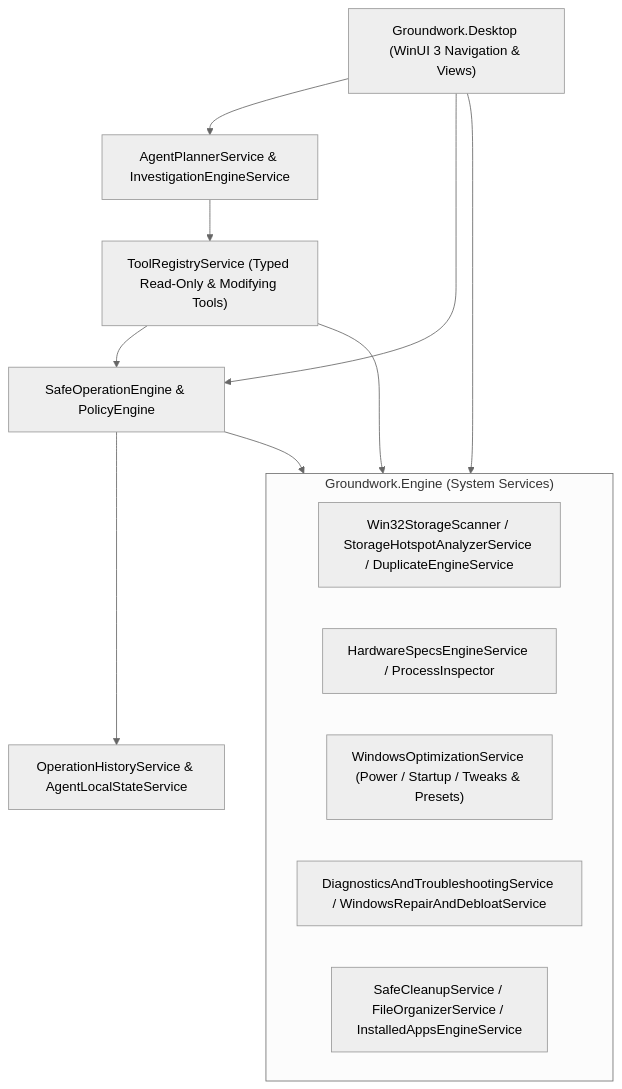
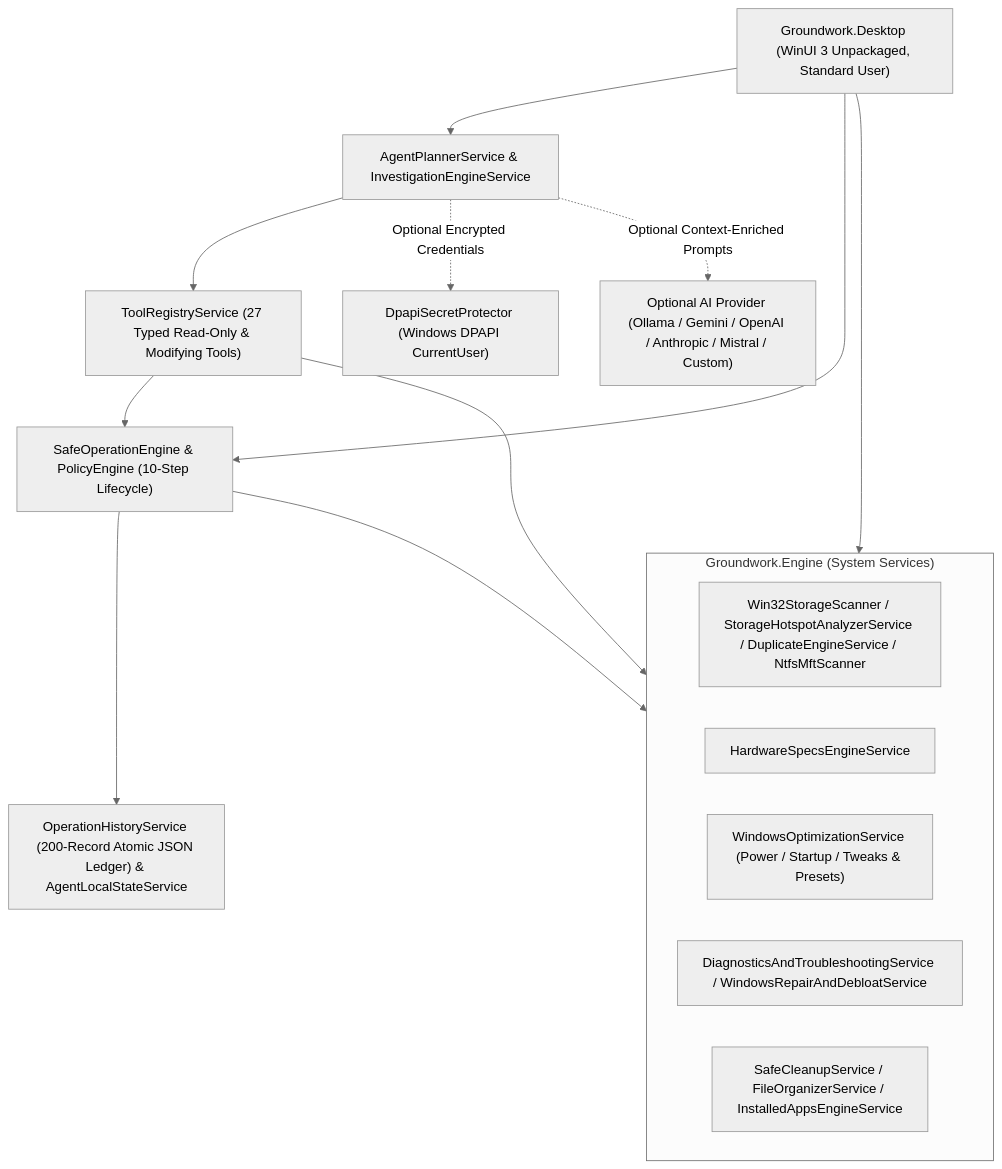
Before and after one commit to ttnhan227/Groundwork: the first of 2 diagrams in docs/ARCHITECTURE.md, drawn with Mermaid (neutral theme). The commit also changed other lines of this file, not shown here.

Commit message:
docs(architecture): enrich system design with ADRs, SafeOperationEngine sequence, and failure recovery matrix

````diff
--- a/docs/ARCHITECTURE.md
+++ b/docs/ARCHITECTURE.md
@@ -7,25 +11,29 @@
 ```mermaid
 flowchart TD
-    UI["Groundwork.Desktop (WinUI 3 Navigation & Views)"]
+    UI["Groundwork.Desktop (WinUI 3 Unpackaged, Standard User)"]
     Agent["AgentPlannerService & InvestigationEngineService"]
-    Registry["ToolRegistryService (Typed Read-Only & Modifying Tools)"]
-    SafeOp["SafeOperationEngine & PolicyEngine"]
-    History["OperationHistoryService & AgentLocalStateService"]
+    Registry["ToolRegistryService (27 Typed Read-Only & Modifying Tools)"]
+    SafeOp["SafeOperationEngine & PolicyEngine (10-Step Lifecycle)"]
+    History["OperationHistoryService (200-Record Atomic JSON Ledger) & AgentLocalStateService"]
+    DPAPI["DpapiSecretProtector (Windows DPAPI CurrentUser)"]
+    LLM["Optional AI Provider (Ollama / Gemini / OpenAI / Anthropic / Mistral / Custom)"]
 
     subgraph Engine ["Groundwork.Engine (System Services)"]
-        Storage["Win32StorageScanner / StorageHotspotAnalyzerService / DuplicateEngineService"]
-        Hardware["HardwareSpecsEngineService / ProcessInspector"]
+        Storage["Win32StorageScanner / StorageHotspotAnalyzerService / DuplicateEngineService / NtfsMftScanner"]
+        Hardware["HardwareSpecsEngineService"]
         Optimize["WindowsOptimizationService (Power / Startup / Tweaks & Presets)"]
         Trouble["DiagnosticsAndTroubleshootingService / WindowsRepairAndDebloatService"]
         Maint["SafeCleanupService / FileOrganizerService / InstalledAppsEngineService"]
     end
 
     UI --> Agent
     UI --> Engine
     UI --> SafeOp
     Agent --> Registry
+    Agent -.->|"Optional Encrypted Credentials"| DPAPI
+    Agent -.->|"Optional Context-Enriched Prompts"| LLM
     Registry --> Engine
     Registry --> SafeOp
     SafeOp --> Engine
     SafeOp --> History
 ```
````
